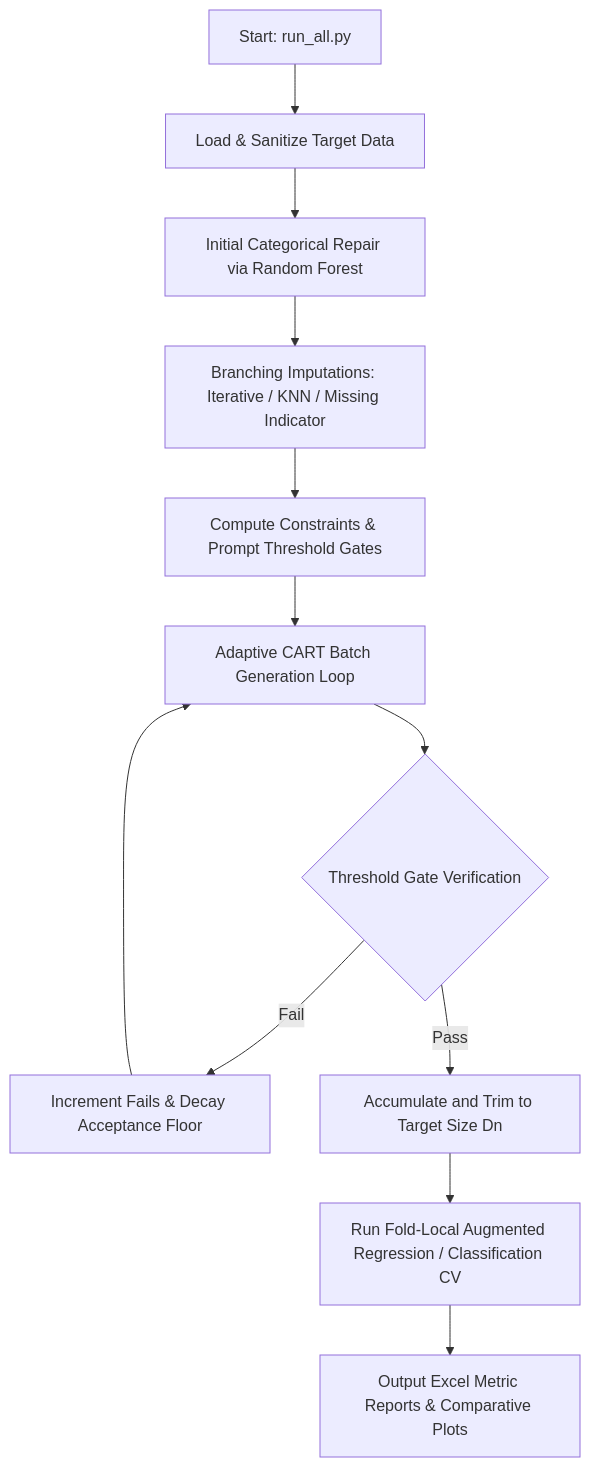
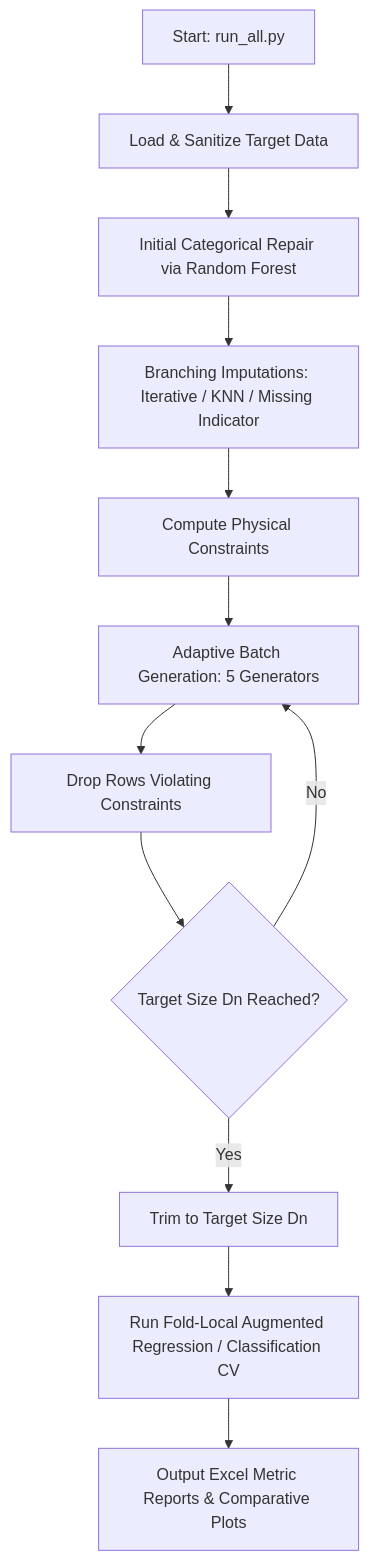
One commit to dsquarre/SynthDataGen changed the diagram in README.md. Above: the diagram before and after it, drawn with Mermaid. The commit also changed other lines of this file and 5 other files, not shown here.

````diff
--- a/README.md
+++ b/README.md
@@ -42,14 +43,14 @@
 ```mermaid
 graph TD
     A[Start: run_all.py] --> B[Load & Sanitize Target Data]
     B --> C[Initial Categorical Repair via Random Forest]
     C --> D[Branching Imputations: Iterative / KNN / Missing Indicator]
-    D --> E[Compute Constraints & Prompt Threshold Gates]
-    E --> F[Adaptive CART Batch Generation Loop]
-    F --> G{Threshold Gate Verification}
-    G -- Fail --> H[Increment Fails & Decay Acceptance Floor]
-    H --> F
-    G -- Pass --> I[Accumulate and Trim to Target Size Dn]
+    D --> E[Compute Physical Constraints]
+    E --> F[Adaptive Batch Generation: 5 Generators]
+    F --> G[Drop Rows Violating Constraints]
+    G --> H{Target Size Dn Reached?}
+    H -- No --> F
+    H -- Yes --> I[Trim to Target Size Dn]
     I --> J[Run Fold-Local Augmented Regression / Classification CV]
     J --> K[Output Excel Metric Reports & Comparative Plots]
 ```
````
